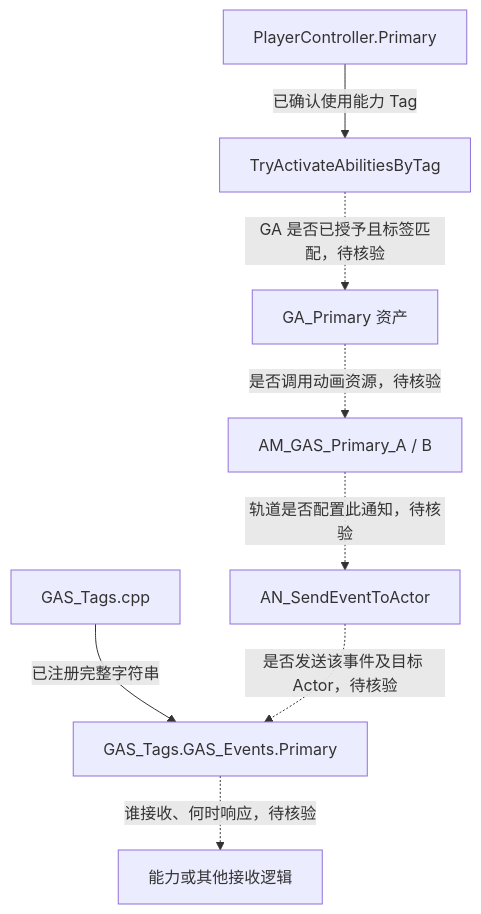
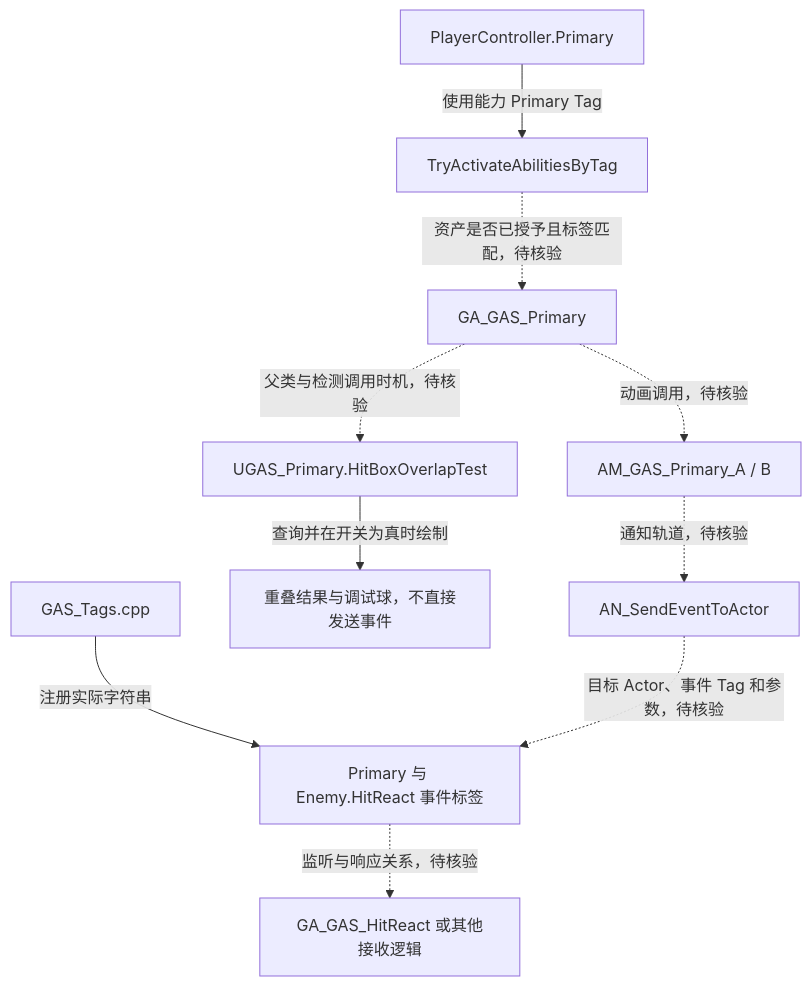
Before and after one commit to xue1ong/GAS_StudyNotes: the diagram in AbilitySystem/GameplayEvents.md, drawn with Mermaid. The commit also changed other lines of this file and 14 other files, not shown here.

````diff
--- a/AbilitySystem/GameplayEvents.md
+++ b/AbilitySystem/GameplayEvents.md
@@ -47,10 +33,12 @@
 ```mermaid
 flowchart TD
-    tag["GAS_Tags.cpp"] -->|"已注册完整字符串"| eventTag["GAS_Tags.GAS_Events.Primary"]
-    controller["PlayerController.Primary"] -->|"已确认使用能力 Tag"| activation["TryActivateAbilitiesByTag"]
-    activation -.->|"GA 是否已授予且标签匹配，待核验"| ability["GA_Primary 资产"]
-    ability -.->|"是否调用动画资源，待核验"| animation["AM_GAS_Primary_A / B"]
-    animation -.->|"轨道是否配置此通知，待核验"| notify["AN_SendEventToActor"]
-    notify -.->|"是否发送该事件及目标 Actor，待核验"| eventTag
-    eventTag -.->|"谁接收、何时响应，待核验"| receiver["能力或其他接收逻辑"]
+    tags["GAS_Tags.cpp"] -->|"注册实际字符串"| eventTag["Primary 与 Enemy.HitReact 事件标签"]
+    controller["PlayerController.Primary"] -->|"使用能力 Primary Tag"| activation["TryActivateAbilitiesByTag"]
+    activation -.->|"资产是否已授予且标签匹配，待核验"| ability["GA_GAS_Primary"]
+    ability -.->|"父类与检测调用时机，待核验"| test["UGAS_Primary.HitBoxOverlapTest"]
+    test -->|"查询并在开关为真时绘制"| result["重叠结果与调试球，不直接发送事件"]
+    ability -.->|"动画调用，待核验"| animation["AM_GAS_Primary_A / B"]
+    animation -.->|"通知轨道，待核验"| notify["AN_SendEventToActor"]
+    notify -.->|"目标 Actor、事件 Tag 和参数，待核验"| eventTag
+    eventTag -.->|"监听与响应关系，待核验"| hit["GA_GAS_HitReact 或其他接收逻辑"]
 ```
````
